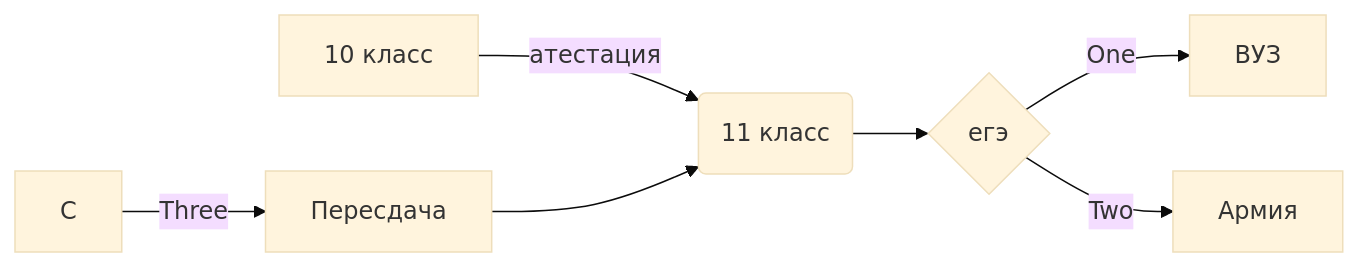
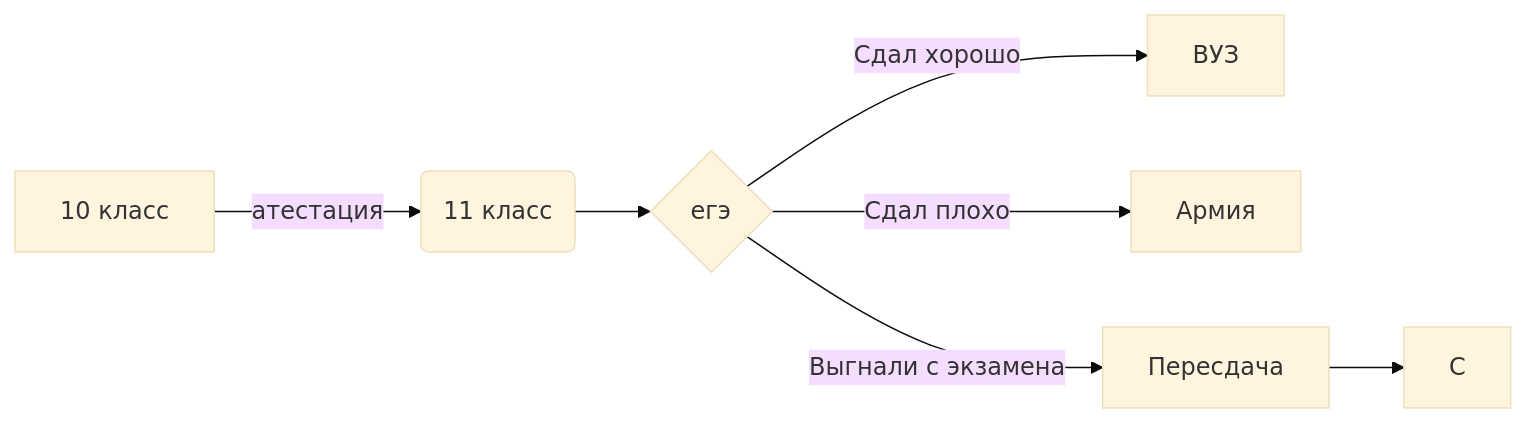
The diagram in README.md (1nikov7/-.-.-), drawn with Mermaid (base theme) before and after one commit.

````diff
--- a/README.md
+++ b/README.md
@@ -68,9 +68,9 @@
 ```mermaid
 flowchart LR
 A[10 класс] -->|атестация| B(11 класс)
 B --> C{егэ}
-C -->|One| D[ВУЗ]
-C -->|Two| E[Армия]
-С -->|Three| F[Пересдача]
-F --> B
+C -->|Сдал хорошо| D[ВУЗ]
+C -->|Сдал плохо| E[Армия]
+C -->|Выгнали с экзамена| F[Пересдача]
+F --> С
 ```
````
